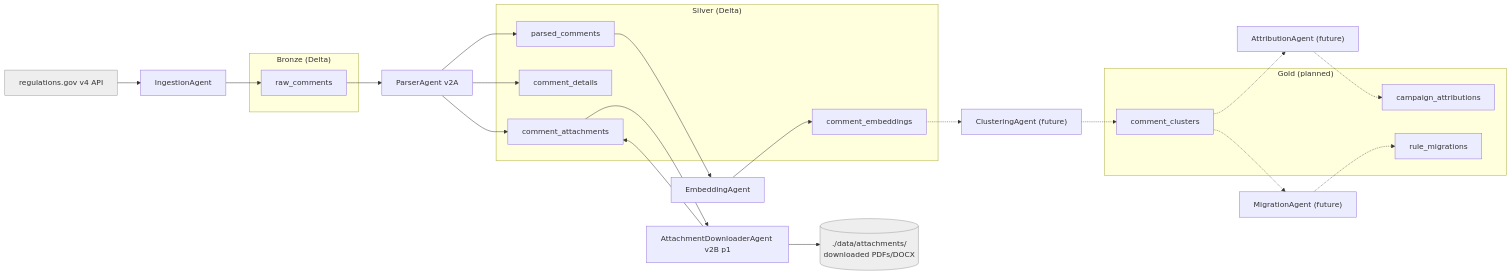
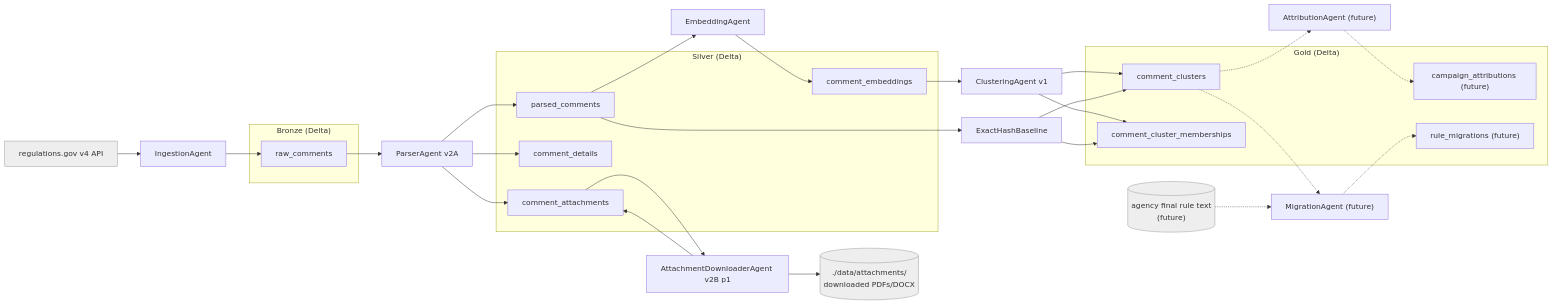
The diagram in docs/system-map.md (mukund-setti/astroturf), drawn with Mermaid before and after one commit. The commit also changed other lines of this file and 16 other files, not shown here.

````diff
--- a/docs/system-map.md
+++ b/docs/system-map.md
@@ -24,45 +24,52 @@
 ```mermaid
 flowchart LR
     API["regulations.gov v4 API"]:::ext
 
     subgraph BRONZE["Bronze (Delta)"]
         RC["raw_comments"]
     end
 
     subgraph SILVER["Silver (Delta)"]
         PC["parsed_comments"]
         CD["comment_details"]
         CA["comment_attachments"]
         CE["comment_embeddings"]
     end
 
-    subgraph GOLD["Gold (planned)"]
+    subgraph GOLD["Gold (Delta)"]
         CC["comment_clusters"]
-        CAT["campaign_attributions"]
-        RM["rule_migrations"]
+        CM["comment_cluster_memberships"]
+        CAT["campaign_attributions (future)"]
+        RM["rule_migrations (future)"]
     end
 
     FILES[("./data/attachments/<br/>downloaded PDFs/DOCX")]:::ext
+    RULE[("agency final rule text<br/>(future)")]:::ext
 
     IA["IngestionAgent"]
     PA["ParserAgent v2A"]
     DA["AttachmentDownloaderAgent v2B p1"]
     EA["EmbeddingAgent"]
-    CLA["ClusteringAgent (future)"]
+    CLA["ClusteringAgent v1"]
+    EH["ExactHashBaseline"]
     AA["AttributionAgent (future)"]
     MA["MigrationAgent (future)"]
 
     API --> IA --> RC
     RC --> PA
     PA --> PC
     PA --> CD
     PA --> CA
     CA --> DA --> FILES
     DA --> CA
     PC --> EA --> CE
-    CE -.-> CLA -.-> CC
+    CE --> CLA --> CC
+    CLA --> CM
+    PC --> EH --> CC
+    EH --> CM
     CC -.-> AA -.-> CAT
     CC -.-> MA -.-> RM
+    RULE -.-> MA
 
     classDef ext fill:#eee,stroke:#999,color:#333;
 ```
````
